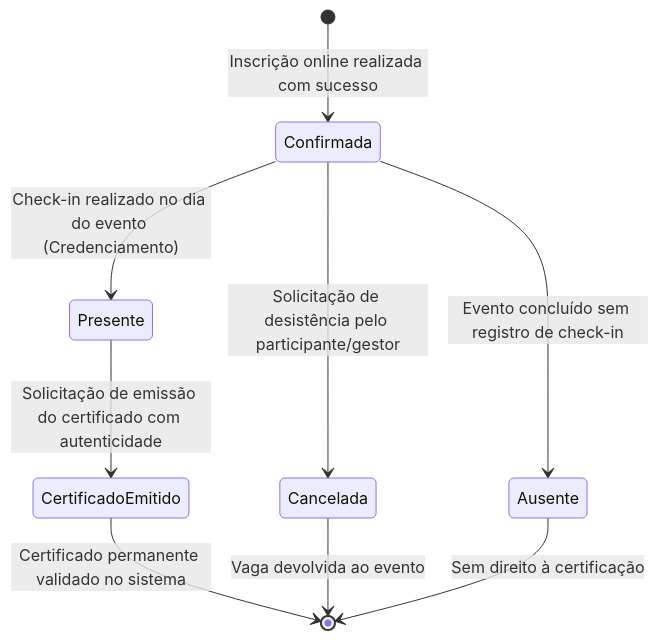
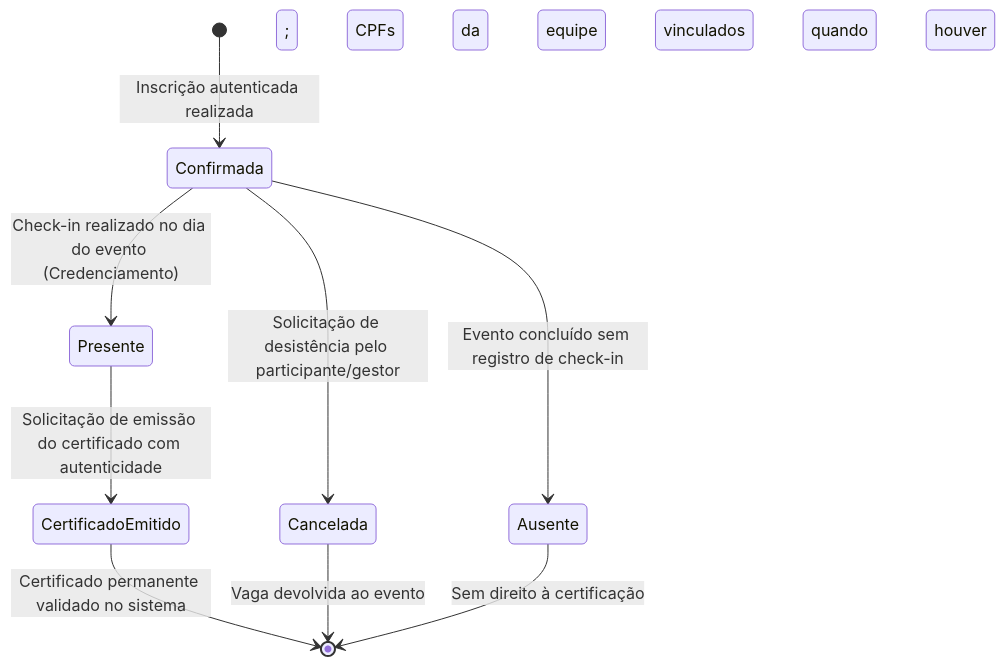
The second of 2 diagrams in documentos/estados/README.md (eduardomotoboy/Eventos), drawn with Mermaid before and after one commit. The commit also changed other lines of this file and 12 other files, not shown here.

````diff
--- a/documentos/estados/README.md
+++ b/documentos/estados/README.md
@@ -40,14 +40,14 @@
 ```mermaid
 stateDiagram-v2
-    [*] --> Confirmada : Inscrição online realizada com sucesso
+    [*] --> Confirmada : Inscrição autenticada realizada; CPFs da equipe vinculados quando houver
     
     Confirmada --> Presente : Check-in realizado no dia do evento (Credenciamento)
     Confirmada --> Cancelada : Solicitação de desistência pelo participante/gestor
     Confirmada --> Ausente : Evento concluído sem registro de check-in
     
     Presente --> CertificadoEmitido : Solicitação de emissão do certificado com autenticidade
     
     CertificadoEmitido --> [*] : Certificado permanente validado no sistema
     Cancelada --> [*] : Vaga devolvida ao evento
     Ausente --> [*] : Sem direito à certificação
 ```
````
